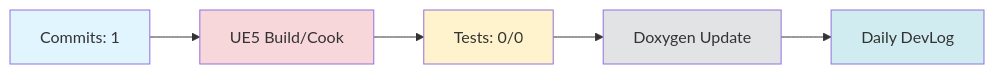
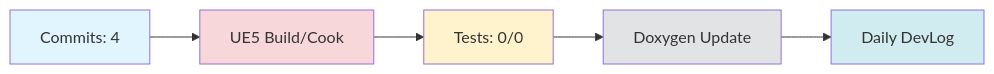
The diagram in Documents/DevLog/Daily/2025-11-11.md (doppleddiggong/Onepiece), drawn with Mermaid before and after one commit. The commit also changed other lines of this file and 2 other files, not shown here.

````diff
--- a/Documents/DevLog/Daily/2025-11-11.md
+++ b/Documents/DevLog/Daily/2025-11-11.md
@@ -100,13 +104,13 @@
 ```mermaid
 flowchart LR
-  Dev[Commits: 1] --> Build[UE5 Build/Cook]
+  Dev[Commits: 4] --> Build[UE5 Build/Cook]
   Build --> Test[Tests: 0/0]
   Test --> Doc[Doxygen Update]
   Doc --> Daily[Daily DevLog]
 
   style Dev fill:#e1f5ff
   style Build fill:#f8d7da
   style Test fill:#fff3cd
   style Doc fill:#e2e3e5
   style Daily fill:#d1ecf1
 ```
````
